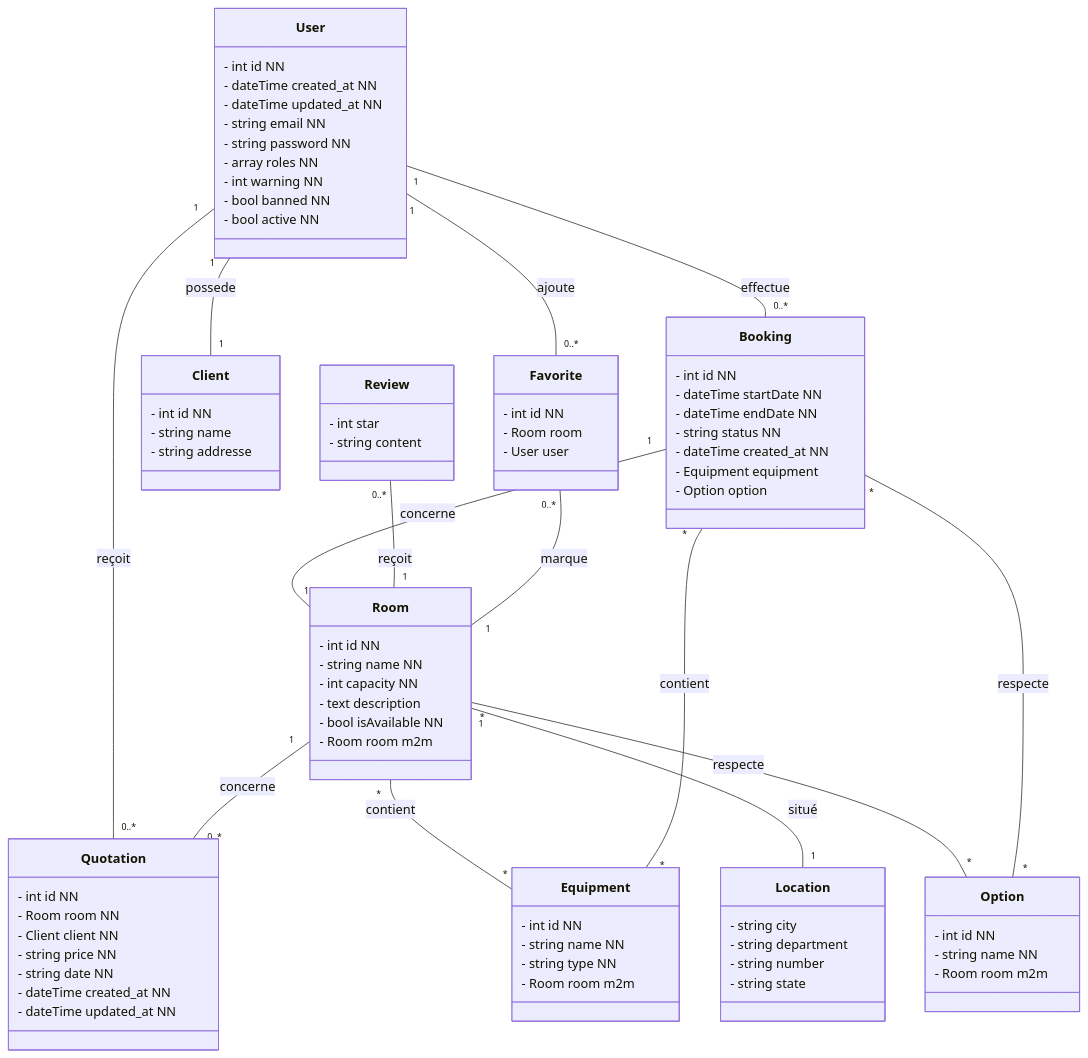
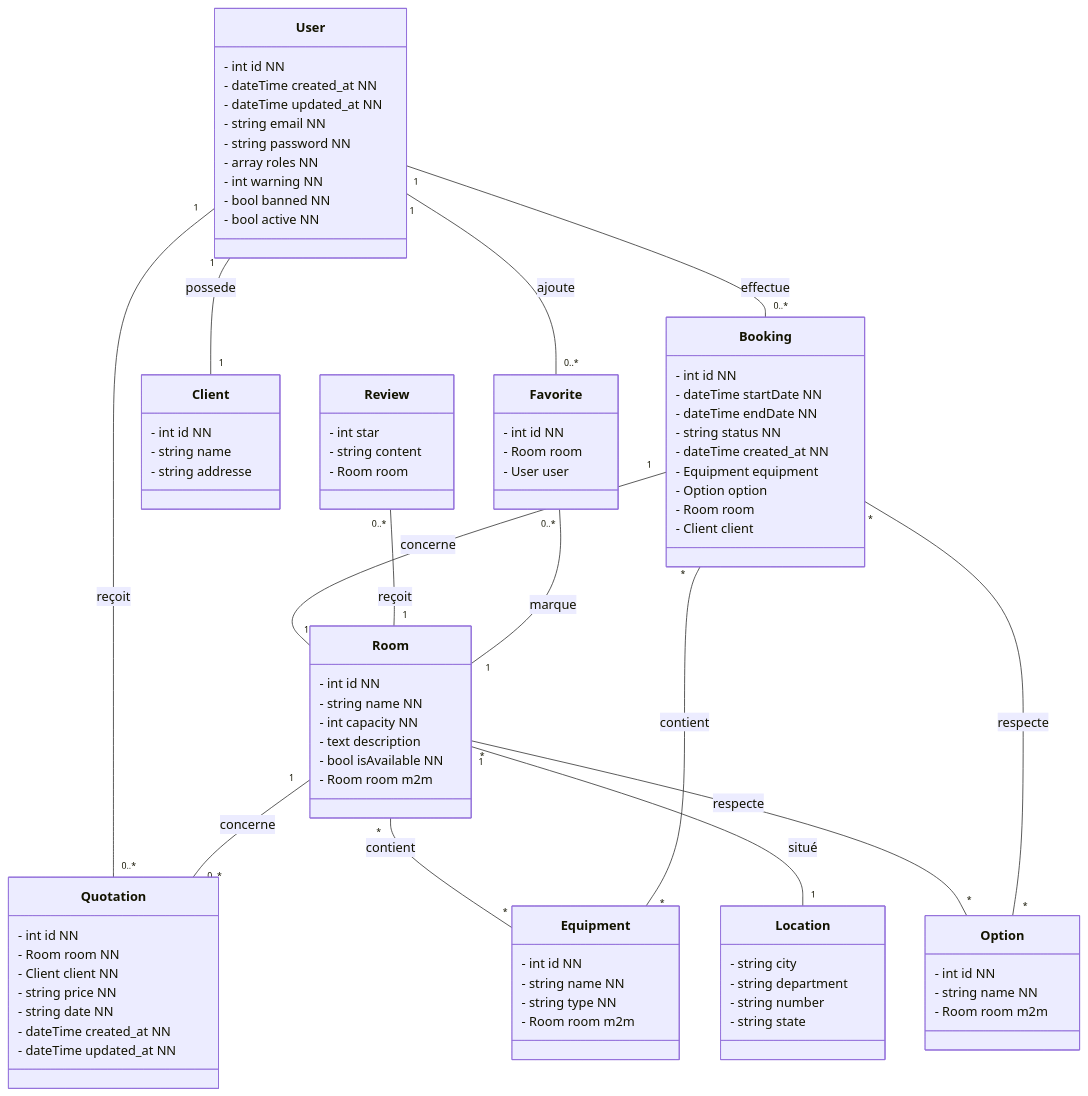
Before and after one commit to TraoreHamza/reservation: the first of 8 diagrams in diagramme.md, drawn with Mermaid. The commit also changed 4 other files, not shown here.

Commit message:
Remove phpunit script and update dependencies in composer files; add EquipmentRepository and modify class diagram to include new relationships

```diff
--- a/diagramme.md
+++ b/diagramme.md
@@ -31,6 +31,7 @@
     class Review{
     - int star
     - string content
+    - Room room
     
     }
 
@@ -68,6 +69,9 @@
     - dateTime created_at NN
     - Equipment equipment
     - Option option
+    - Room room
+    - Client client
+
 
   }
  
```
